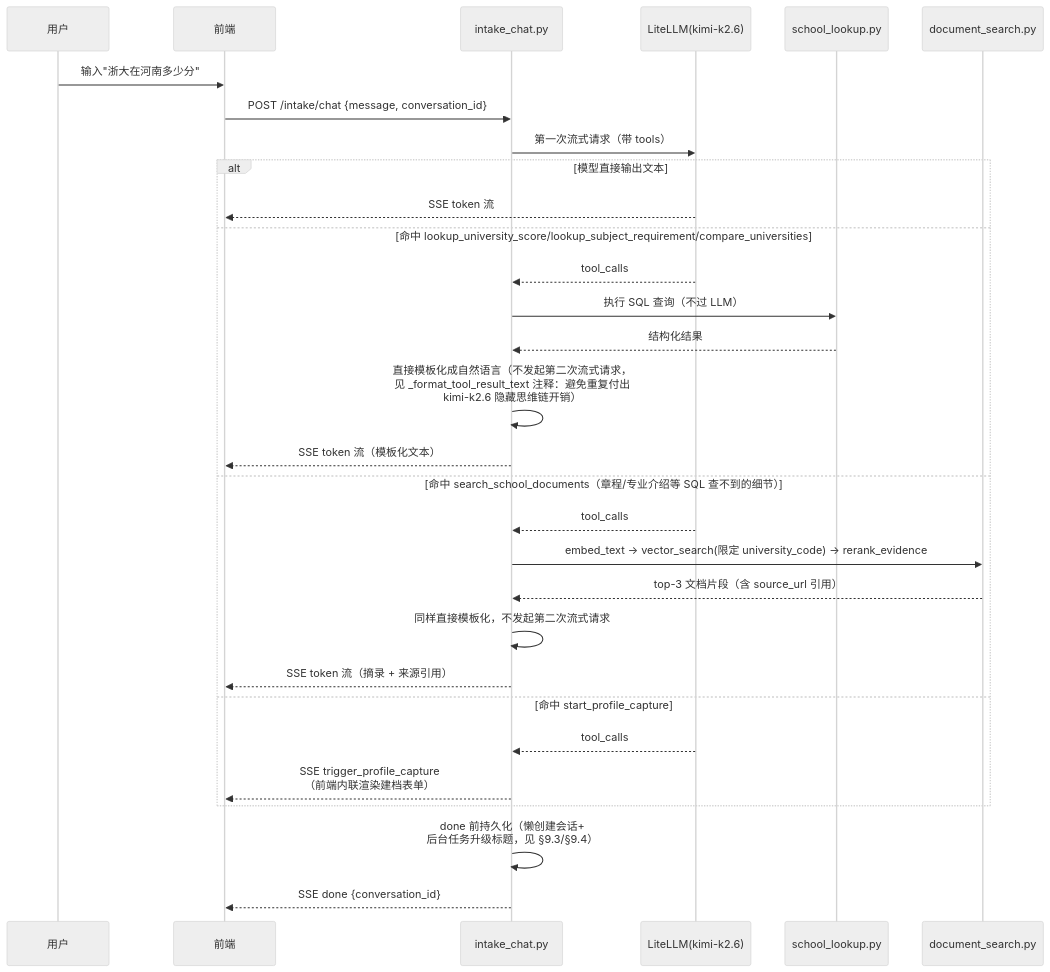
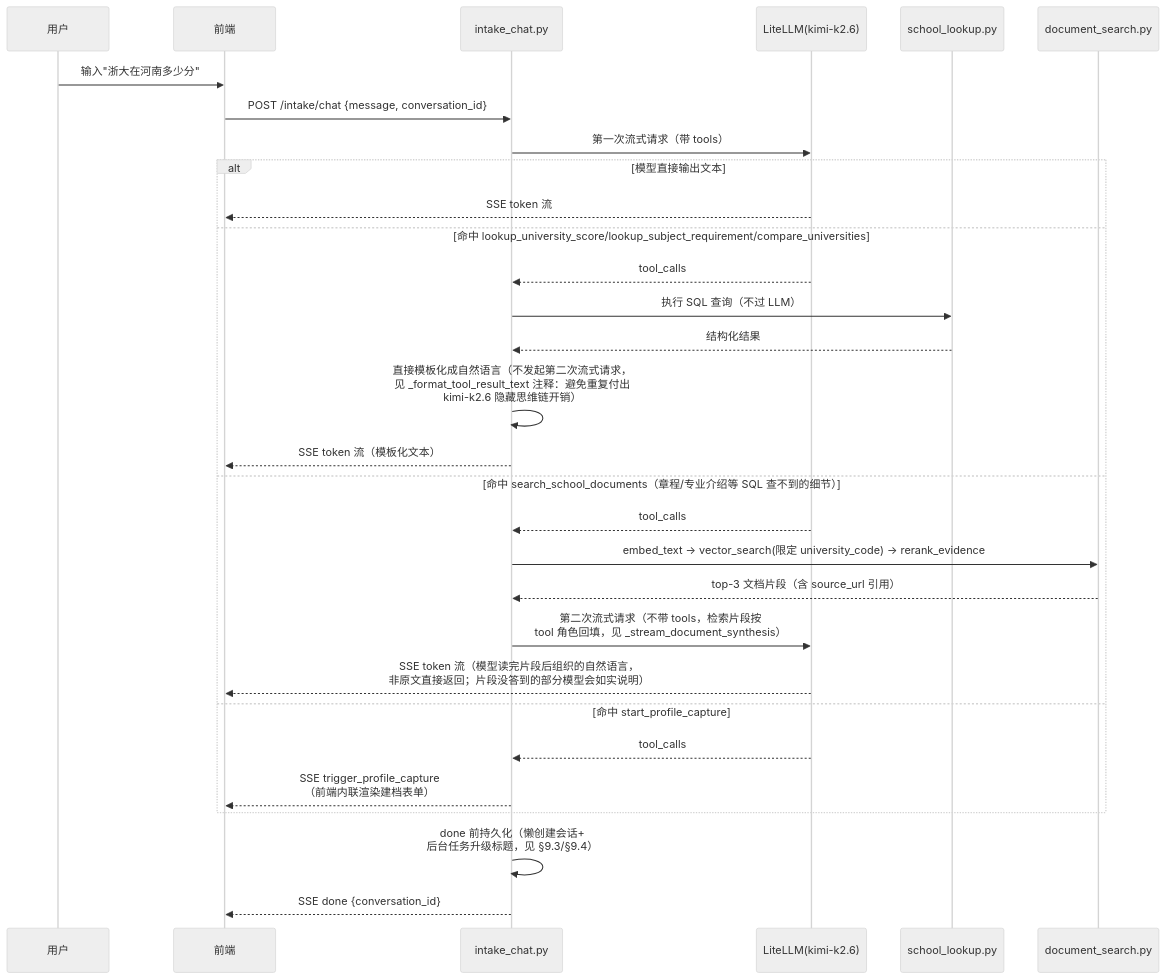
One commit to debugzhao/jin-guide changed the sixth of 7 diagrams in backend/docs/02_agent_design.md. Above: the diagram before and after it, drawn with Mermaid (neutral theme). The commit also changed other lines of this file and 5 other files, not shown here.

````diff
--- a/backend/docs/02_agent_design.md
+++ b/backend/docs/02_agent_design.md
@@ -412,33 +412,33 @@
 ```mermaid
 sequenceDiagram
     participant U as 用户
     participant FE as 前端
     participant API as intake_chat.py
     participant LLM as LiteLLM(kimi-k2.6)
     participant SQL as school_lookup.py
     participant RAG as document_search.py
 
     U->>FE: 输入"浙大在河南多少分"
     FE->>API: POST /intake/chat {message, conversation_id}
     API->>LLM: 第一次流式请求（带 tools）
     alt 模型直接输出文本
         LLM-->>FE: SSE token 流
     else 命中 lookup_university_score/lookup_subject_requirement/compare_universities
         LLM-->>API: tool_calls
         API->>SQL: 执行 SQL 查询（不过 LLM）
         SQL-->>API: 结构化结果
         API->>API: 直接模板化成自然语言（不发起第二次流式请求，<br/>见 _format_tool_result_text 注释：避免重复付出<br/>kimi-k2.6 隐藏思维链开销）
         API-->>FE: SSE token 流（模板化文本）
     else 命中 search_school_documents（章程/专业介绍等 SQL 查不到的细节）
         LLM-->>API: tool_calls
         API->>RAG: embed_text → vector_search(限定 university_code) → rerank_evidence
         RAG-->>API: top-3 文档片段（含 source_url 引用）
-        API->>API: 同样直接模板化，不发起第二次流式请求
-        API-->>FE: SSE token 流（摘录 + 来源引用）
+        API->>LLM: 第二次流式请求（不带 tools，检索片段按<br/>tool 角色回填，见 _stream_document_synthesis）
+        LLM-->>FE: SSE token 流（模型读完片段后组织的自然语言，<br/>非原文直接返回；片段没答到的部分模型会如实说明）
     else 命中 start_profile_capture
         LLM-->>API: tool_calls
         API-->>FE: SSE trigger_profile_capture<br/>（前端内联渲染建档表单）
     end
     API->>API: done 前持久化（懒创建会话+<br/>后台任务升级标题，见 §9.3/§9.4）
     API-->>FE: SSE done {conversation_id}
 ```
````
